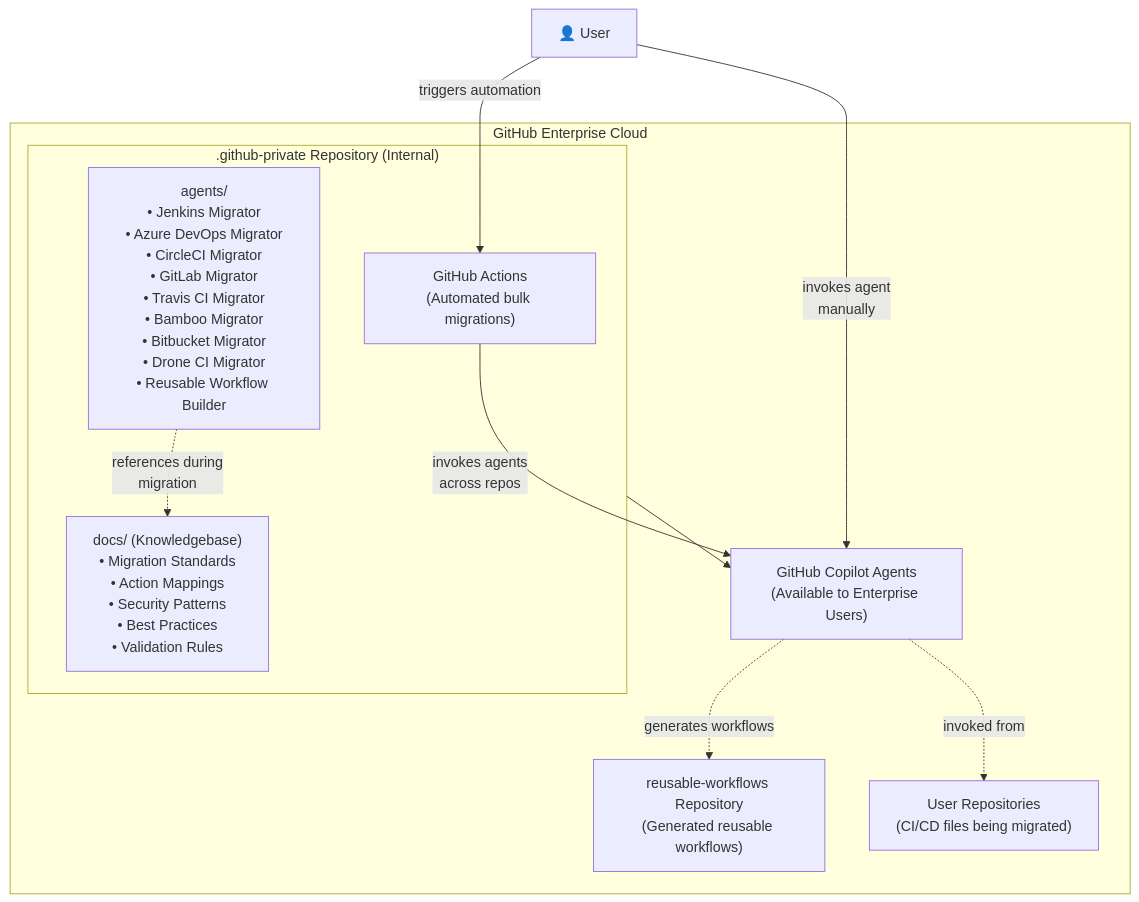
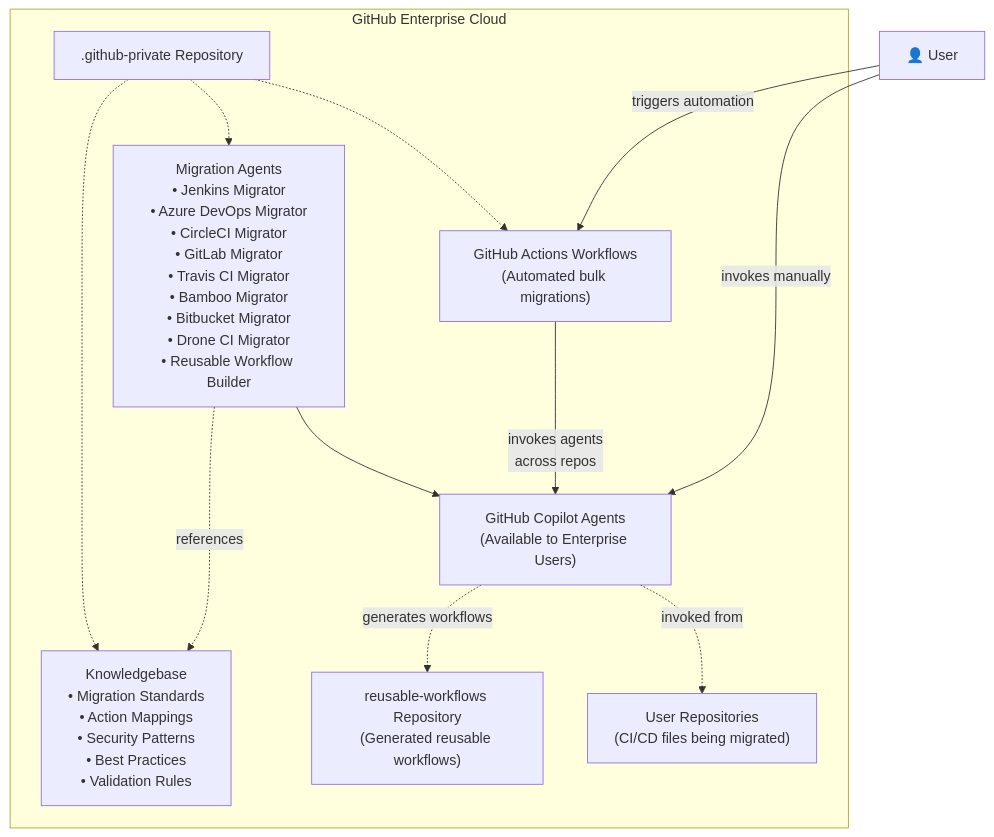
The first of 3 diagrams in README.md (github/actions-migrations-via-copilot), drawn with Mermaid before and after one commit.

Commit message:
restructure

````diff
--- a/README.md
+++ b/README.md
@@ -32,24 +32,27 @@
 ```mermaid
 graph TB
     subgraph GHE["GitHub Enterprise Cloud"]
-        subgraph Private[".github-private Repository (Internal)"]
-            Agents["agents/<br/>• Jenkins Migrator<br/>• Azure DevOps Migrator<br/>• CircleCI Migrator<br/>• GitLab Migrator<br/>• Travis CI Migrator<br/>• Bamboo Migrator<br/>• Bitbucket Migrator<br/>• Drone CI Migrator<br/>• Reusable Workflow Builder"]
-            KB["docs/ (Knowledgebase)<br/>• Migration Standards<br/>• Action Mappings<br/>• Security Patterns<br/>• Best Practices<br/>• Validation Rules"]
-            Automation["GitHub Actions<br/>(Automated bulk migrations)"]
-            Agents -."references during<br/>migration".-> KB
-        end
+        Private[".github-private Repository"]
+        Agents["Migration Agents<br/>• Jenkins Migrator<br/>• Azure DevOps Migrator<br/>• CircleCI Migrator<br/>• GitLab Migrator<br/>• Travis CI Migrator<br/>• Bamboo Migrator<br/>• Bitbucket Migrator<br/>• Drone CI Migrator<br/>• Reusable Workflow Builder"]
+        KB["Knowledgebase<br/>• Migration Standards<br/>• Action Mappings<br/>• Security Patterns<br/>• Best Practices<br/>• Validation Rules"]
+        Automation["GitHub Actions Workflows<br/>(Automated bulk migrations)"]
+
+        Private -.-> Agents
+        Private -.-> KB
+        Private -.-> Automation
+        Agents -."references"..-> KB
+
+        CopilotAgents["GitHub Copilot Agents<br/>(Available to Enterprise Users)"]
+        Agents --> CopilotAgents
 
         Reusable["reusable-workflows Repository<br/>(Generated reusable workflows)"]
-
-        CopilotAgents["GitHub Copilot Agents<br/>(Available to Enterprise Users)"]
-        Private --> CopilotAgents
         CopilotAgents -.->|"generates workflows"| Reusable
 
         UserRepos["User Repositories<br/>(CI/CD files being migrated)"]
         CopilotAgents -."invoked from".-> UserRepos
         Automation -->|"invokes agents<br/>across repos"| CopilotAgents
     end
 
-    User["👤 User"] -->|"invokes agent<br/>manually"| CopilotAgents
+    User["👤 User"] -->|"invokes manually"| CopilotAgents
     User -->|"triggers automation"| Automation
 ```
````
